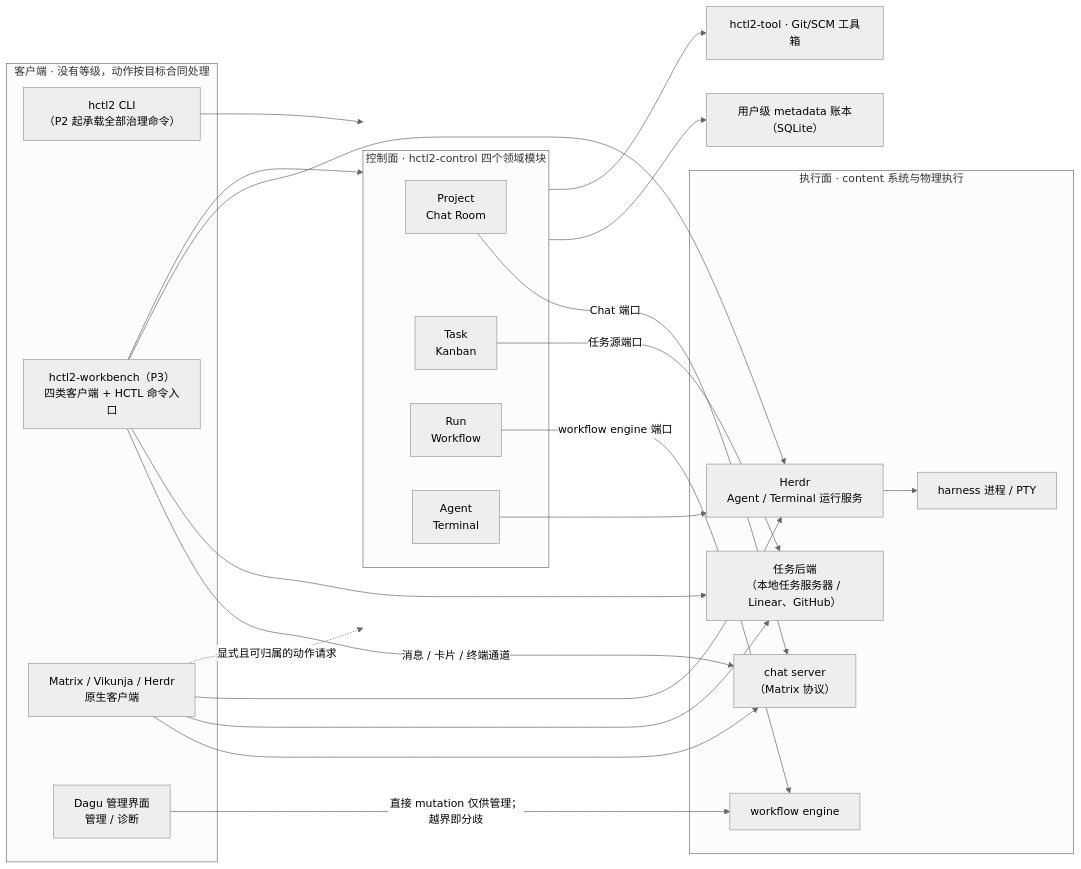
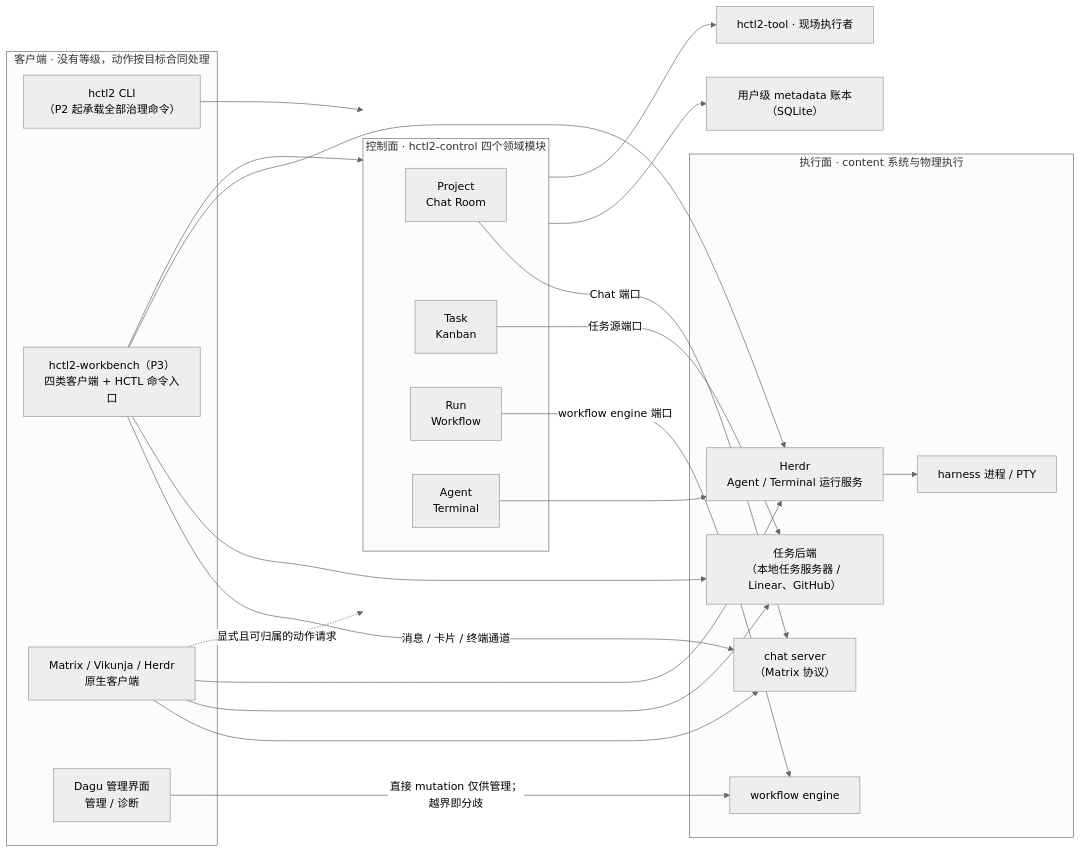
One commit to yesme/hctl2 changed the diagram in README.md. Above: the diagram before and after it, drawn with Mermaid (neutral theme). The commit also changed other lines of this file and 18 other files, not shown here.

First line of the commit message:
docs(spec): hctl2-tool 定界为现场执行者,bump v0.15.3

````diff
--- a/README.md
+++ b/README.md
@@ -23,42 +23,42 @@
 ```mermaid
 flowchart LR
     subgraph Clients["客户端 · 没有等级，动作按目标合同处理"]
         CLI["hctl2 CLI<br/>（P2 起承载全部治理命令）"]
         Bench["hctl2-workbench（P3）<br/>四类客户端 + HCTL 命令入口"]
         Native["Matrix / Vikunja / Herdr<br/>原生客户端"]
         Admin["Dagu 管理界面<br/>管理 / 诊断"]
     end
 
     subgraph Control["控制面 · hctl2-control 四个领域模块"]
         P["Project<br/>Chat Room"]
         T["Task<br/>Kanban"]
         R["Run<br/>Workflow"]
         H["Agent<br/>Terminal"]
     end
 
     subgraph Exec["执行面 · content 系统与物理执行"]
         chat_srv["chat server<br/>（Matrix 协议）"]
         task_backend["任务后端<br/>（本地任务服务器 / Linear、GitHub）"]
         engine["workflow engine"]
         agency["Herdr<br/>Agent / Terminal 运行服务"]
         runtime["harness 进程 / PTY"]
     end
 
     CLI --> Control
     Bench --> Control
     Native -.->|显式且可归属的动作请求| Control
     P -->|Chat 端口| chat_srv
     T -->|任务源端口| task_backend
     R -->|workflow engine 端口| engine
     H --> agency
     agency --> runtime
     Bench -->|消息 / 卡片 / 终端通道| chat_srv
     Bench --> task_backend
     Bench --> agency
     Native --> chat_srv
     Native --> task_backend
     Native --> agency
     Admin -->|直接 mutation 仅供管理；越界即分歧| engine
     Control --> DB["用户级 metadata 账本（SQLite）"]
-    Control --> Tool["hctl2-tool · Git/SCM 工具箱"]
+    Control --> Tool["hctl2-tool · 现场执行者"]
 ```
````
